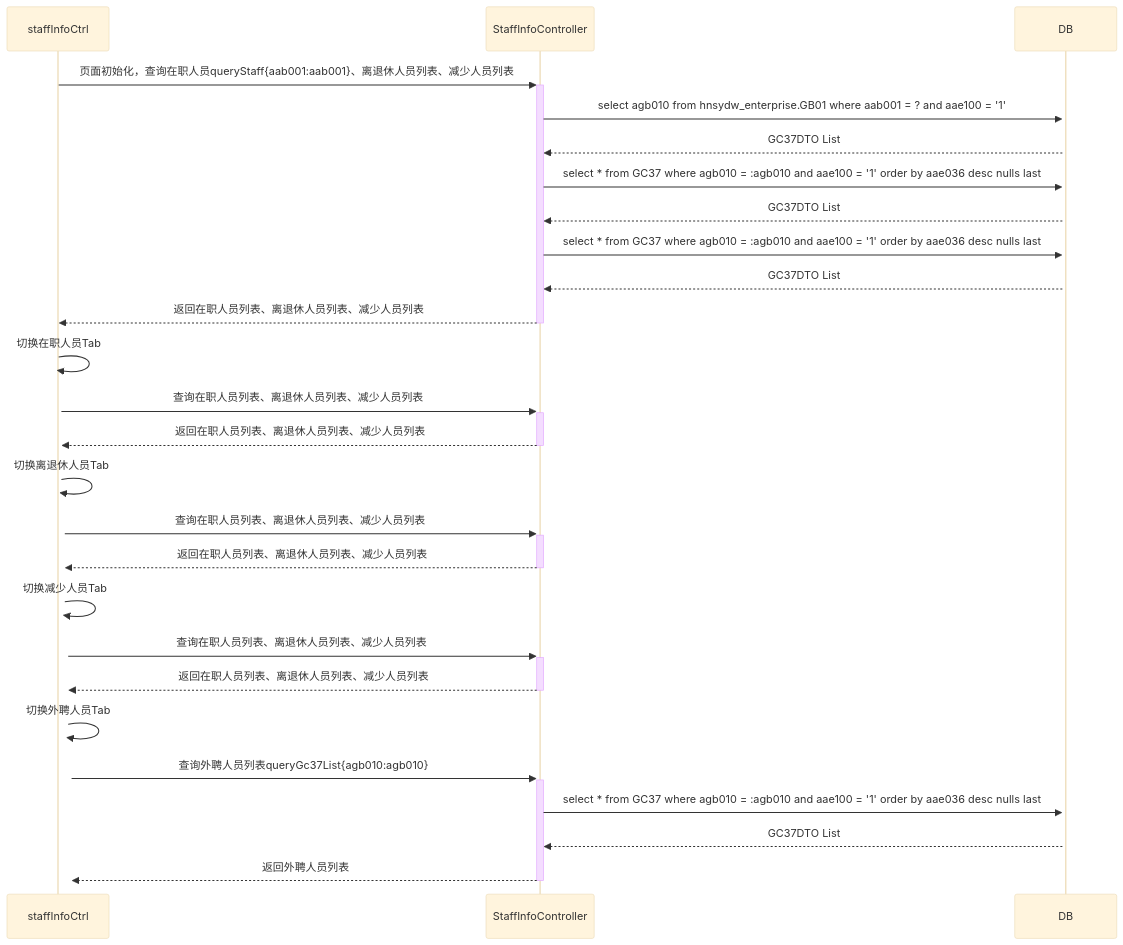
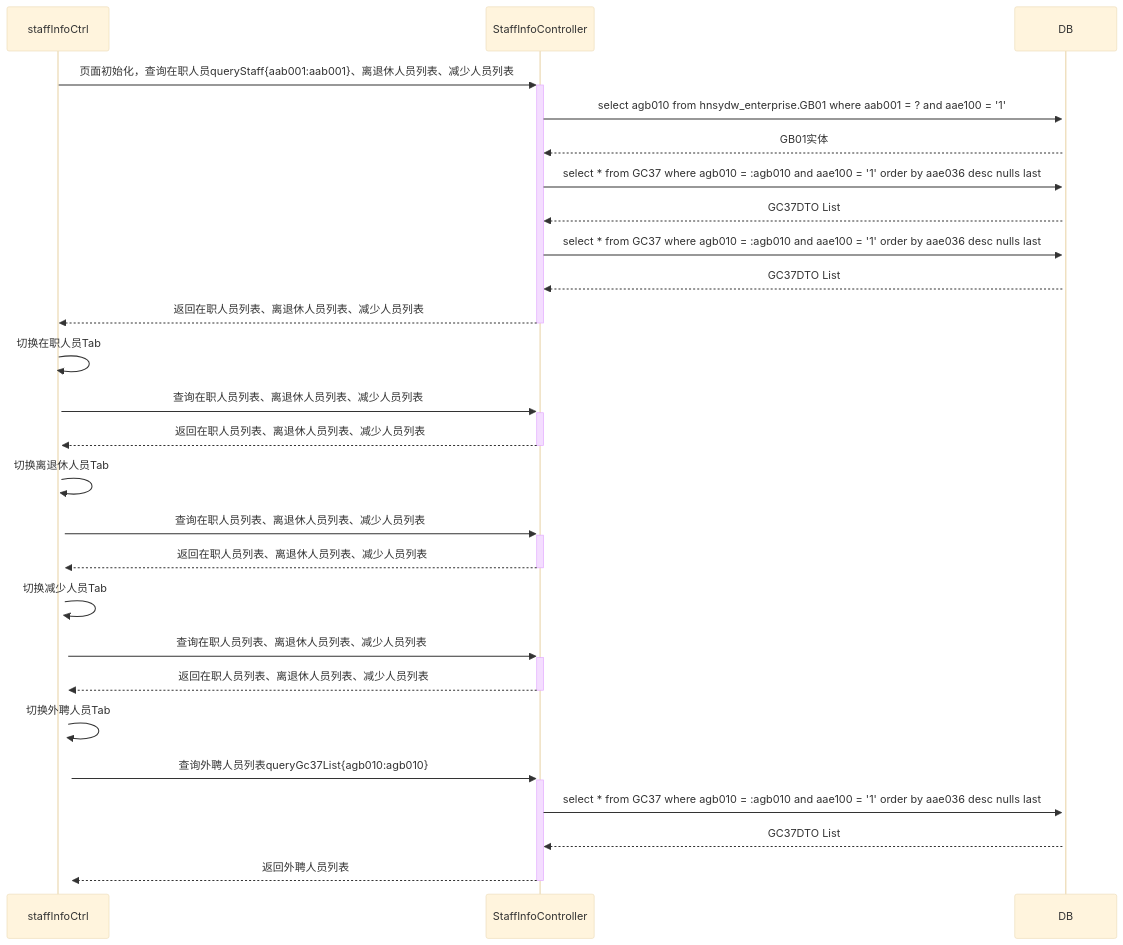
Before and after one commit to ZhangJianBeiJing/iodraw-files: the diagram in all/人员基本信息初始化页面多Tab调用业务流程.md, drawn with Mermaid (base theme).

Commit message:
2025-03-25 10:39:35 update

````diff
--- a/all/人员基本信息初始化页面多Tab调用业务流程.md
+++ b/all/人员基本信息初始化页面多Tab调用业务流程.md
@@ -1,25 +1,25 @@
 ```mermaid
 sequenceDiagram
     staffInfoCtrl->>+StaffInfoController: 页面初始化，查询在职人员queryStaff{aab001:aab001}、离退休人员列表、减少人员列表
     StaffInfoController->>+DB:select agb010 from hnsydw_enterprise.GB01 where aab001 = ? and aae100 = '1'
-    DB-->>StaffInfoController:GC37DTO List
+    DB-->>StaffInfoController:GB01实体
     StaffInfoController->>+DB:select * from GC37 where agb010 = :agb010 and aae100 = '1' order by aae036 desc nulls last
     DB-->>StaffInfoController:GC37DTO List
     StaffInfoController->>+DB:select * from GC37 where agb010 = :agb010 and aae100 = '1' order by aae036 desc nulls last
     DB-->>StaffInfoController:GC37DTO List
     StaffInfoController-->>-staffInfoCtrl:返回在职人员列表、离退休人员列表、减少人员列表
     staffInfoCtrl->>+staffInfoCtrl:切换在职人员Tab
     staffInfoCtrl->>+StaffInfoController:查询在职人员列表、离退休人员列表、减少人员列表
     StaffInfoController-->>-staffInfoCtrl:返回在职人员列表、离退休人员列表、减少人员列表
     staffInfoCtrl->>+staffInfoCtrl:切换离退休人员Tab
     staffInfoCtrl->>+StaffInfoController:查询在职人员列表、离退休人员列表、减少人员列表
     StaffInfoController-->>-staffInfoCtrl:返回在职人员列表、离退休人员列表、减少人员列表
     staffInfoCtrl->>+staffInfoCtrl:切换减少人员Tab
     staffInfoCtrl->>+StaffInfoController:查询在职人员列表、离退休人员列表、减少人员列表
     StaffInfoController-->>-staffInfoCtrl:返回在职人员列表、离退休人员列表、减少人员列表
     staffInfoCtrl->>+staffInfoCtrl:切换外聘人员Tab
     staffInfoCtrl->>+StaffInfoController:查询外聘人员列表queryGc37List{agb010:agb010}
     StaffInfoController->>+DB:select * from GC37 where agb010 = :agb010 and aae100 = '1' order by aae036 desc nulls last
     DB-->>StaffInfoController:GC37DTO List 
     StaffInfoController-->>-staffInfoCtrl:返回外聘人员列表
 ```
````
